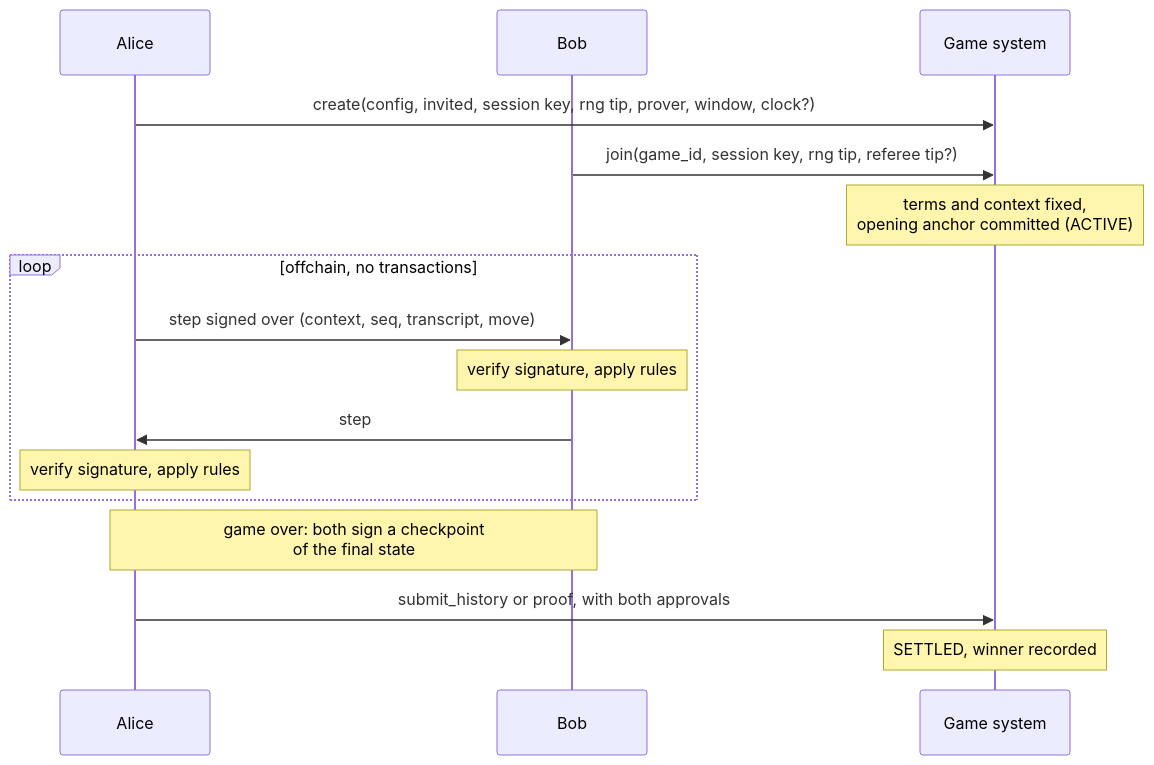
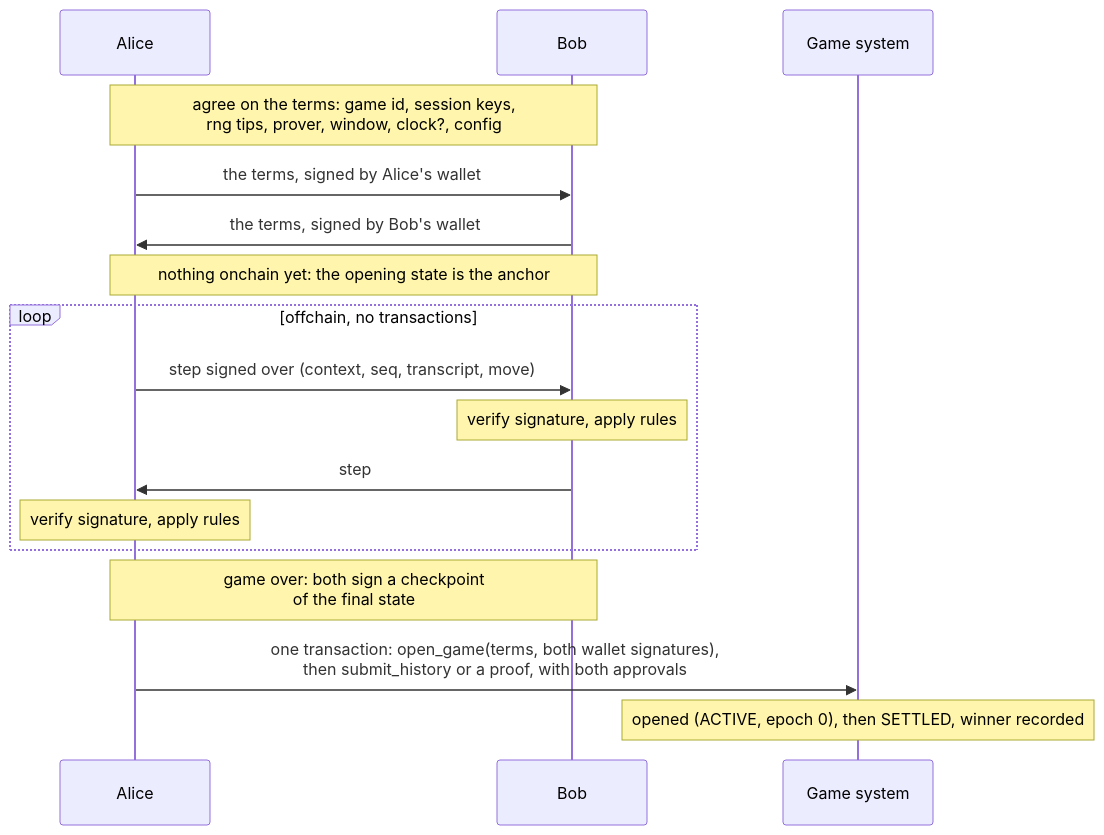
One commit to broody/arbiter changed the second of 4 diagrams in docs/src/pages/how-it-works.mdx. Above: the diagram before and after it, drawn with Mermaid. The commit also changed other lines of this file and 27 other files, not shown here.

First line of the commit message:
docs: protocol v6, games opened on their seats' signed terms

````diff
--- a/docs/src/pages/how-it-works.mdx
+++ b/docs/src/pages/how-it-works.mdx
@@ -45,18 +45,19 @@
 ```mermaid
 sequenceDiagram
   participant A as Alice
   participant B as Bob
   participant C as Game system
-  A->>C: create(config, invited, session key, rng tip, prover, window, clock?)
-  B->>C: join(game_id, session key, rng tip, referee tip?)
-  Note over C: terms and context fixed,<br/>opening anchor committed (ACTIVE)
+  Note over A,B: agree on the terms: game id, session keys,<br/>rng tips, prover, window, clock?, config
+  A->>B: the terms, signed by Alice's wallet
+  B->>A: the terms, signed by Bob's wallet
+  Note over A,B: nothing onchain yet: the opening state is the anchor
   loop offchain, no transactions
     A->>B: step signed over (context, seq, transcript, move)
     Note over B: verify signature, apply rules
     B->>A: step
     Note over A: verify signature, apply rules
   end
   Note over A,B: game over: both sign a checkpoint<br/>of the final state
-  A->>C: submit_history or proof, with both approvals
-  Note over C: SETTLED, winner recorded
+  A->>C: one transaction: open_game(terms, both wallet signatures),<br/>then submit_history or a proof, with both approvals
+  Note over C: opened (ACTIVE, epoch 0), then SETTLED, winner recorded
 ```
````
